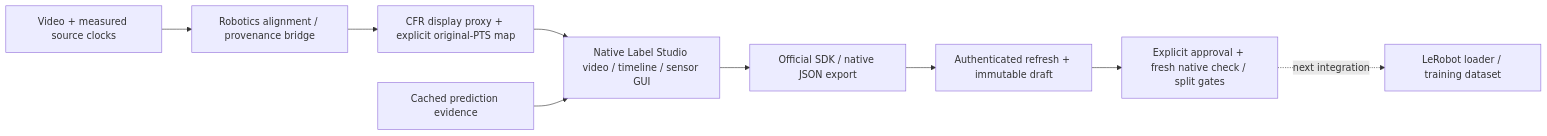
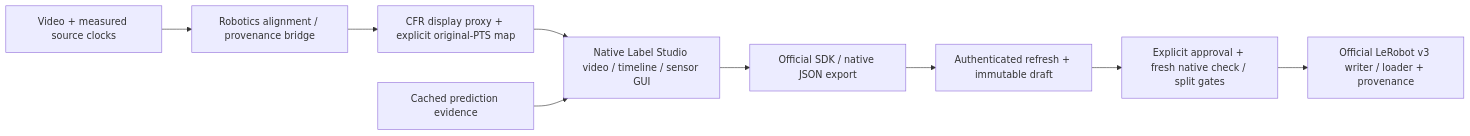
Before and after one commit to dyl-joseph/auto-robo-pipeline: the diagram in README.md, drawn with Mermaid. The commit also changed other lines of this file and 7 other files, not shown here.

````diff
--- a/README.md
+++ b/README.md
@@ -32,11 +32,11 @@
 ```mermaid
 flowchart LR
     A[Video + measured source clocks] --> B[Robotics alignment / provenance bridge]
     B --> C[CFR display proxy + explicit original-PTS map]
     C --> D[Native Label Studio video / timeline / sensor GUI]
     E[Cached prediction evidence] --> D
     D --> F[Official SDK / native JSON export]
     F --> G[Authenticated refresh + immutable draft]
     G --> H[Explicit approval + fresh native check / split gates]
-    H -. next integration .-> I[LeRobot loader / training dataset]
+    H --> I[Official LeRobot v3 writer / loader + provenance]
 ```
````
